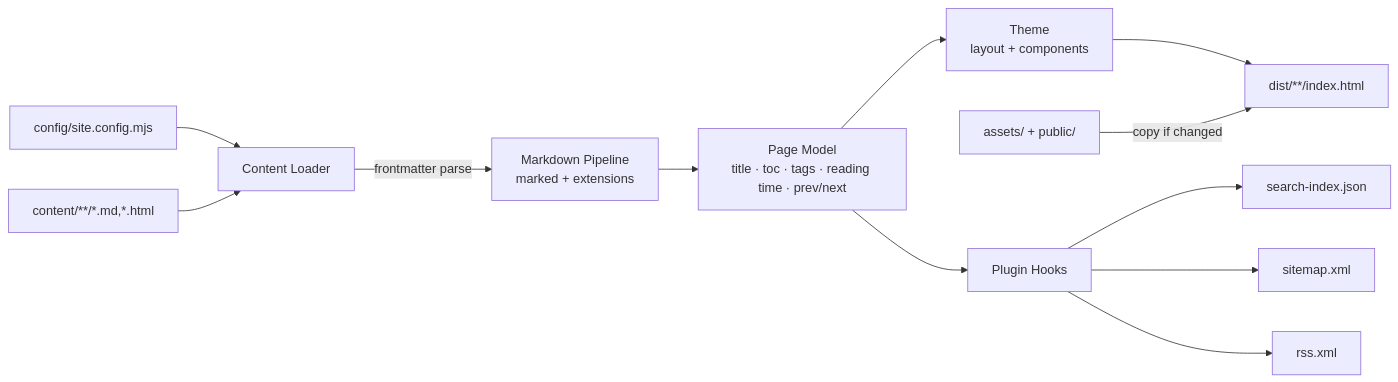
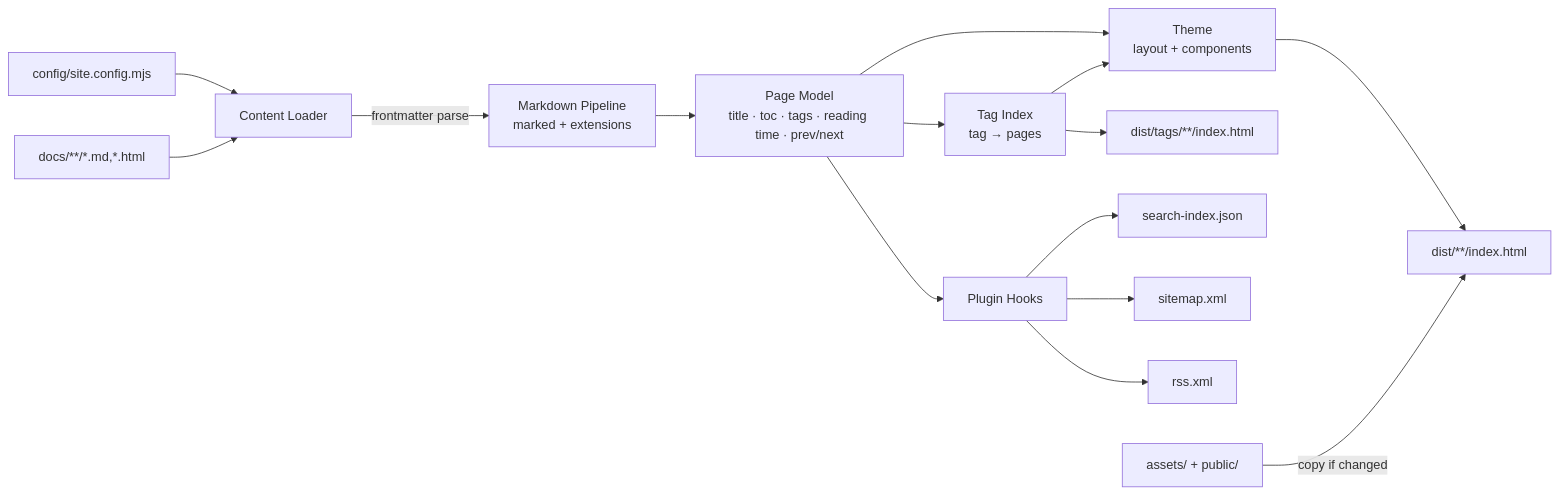
Before and after one commit to sameeralam3127/system-design-365: the first of 4 diagrams in ARCHITECTURE.md, drawn with Mermaid. The commit also changed other lines of this file and 140 other files, not shown here.

````diff
--- a/ARCHITECTURE.md
+++ b/ARCHITECTURE.md
@@ -48,14 +50,17 @@
 ```mermaid
 flowchart LR
   A[config/site.config.mjs] --> B[Content Loader]
-  C[content/**/*.md,*.html] --> B
+  C[docs/**/*.md,*.html] --> B
   B -->|frontmatter parse| D[Markdown Pipeline<br/>marked + extensions]
   D --> E[Page Model<br/>title · toc · tags · reading time · prev/next]
+  E --> T[Tag Index<br/>tag → pages]
   E --> F[Theme<br/>layout + components]
+  T --> F
   F --> G[dist/**/index.html]
+  T --> G2[dist/tags/**/index.html]
   E --> H[Plugin Hooks]
   H --> I[search-index.json]
   H --> J[sitemap.xml]
   H --> K[rss.xml]
   L[assets/ + public/] -->|copy if changed| G
 ```
````
